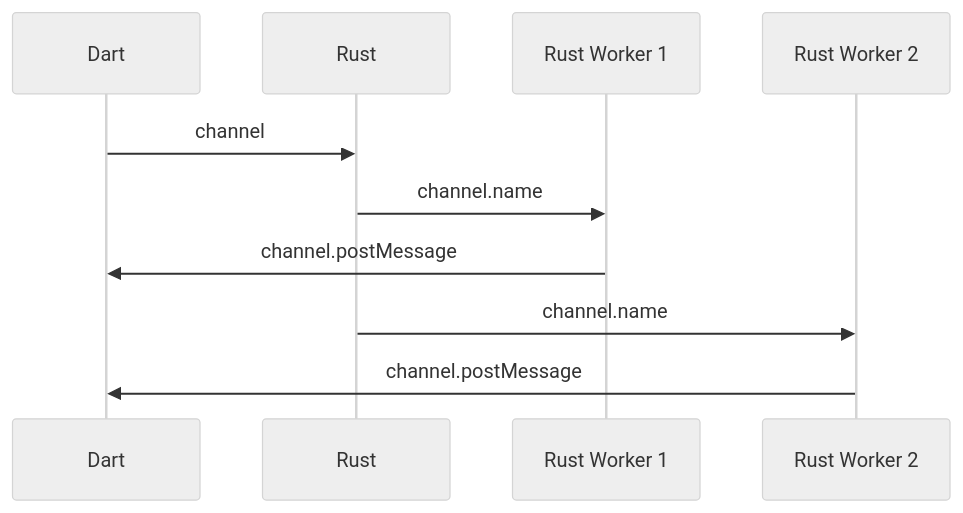
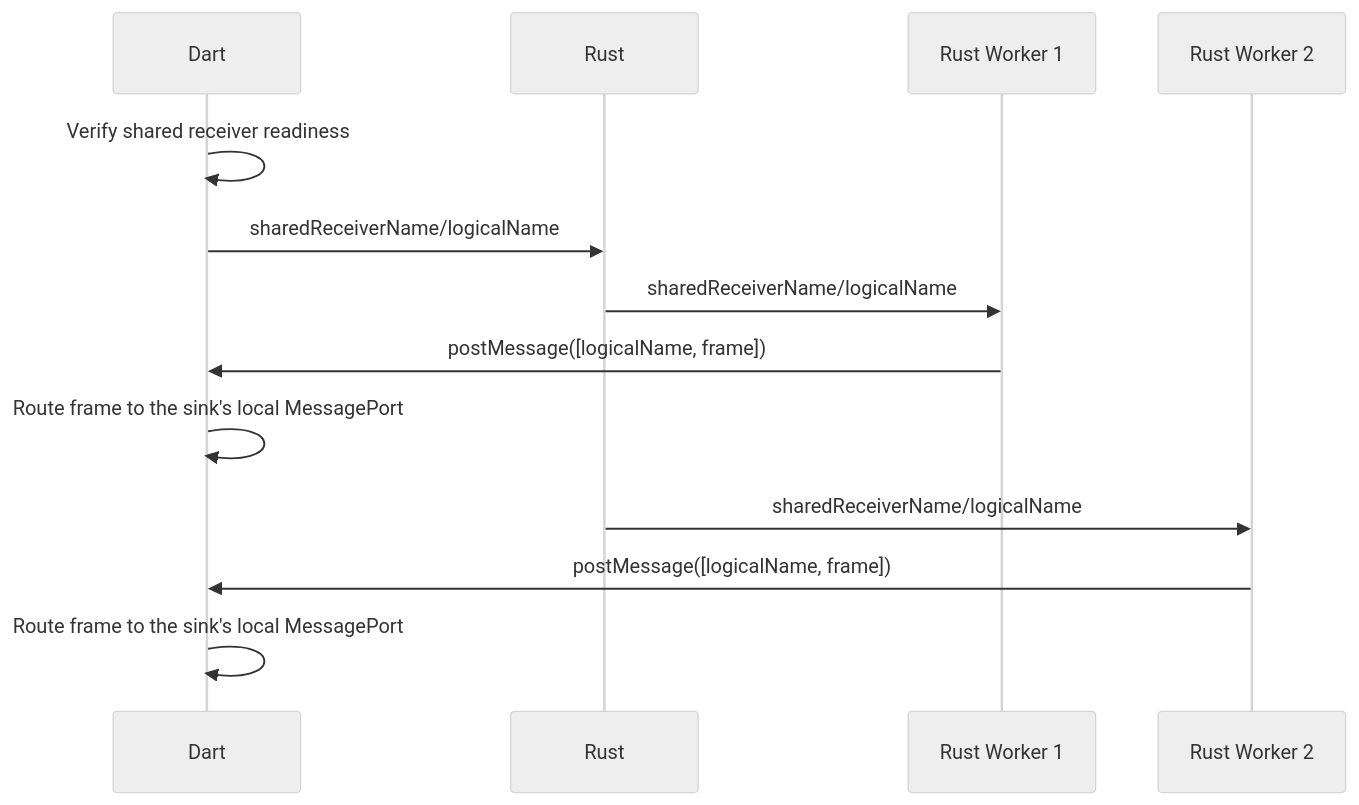
One commit to fzyzcjy/flutter_rust_bridge changed the second of 2 diagrams in website/docs/guides/contributing/submodules/dco-codec.md. Above: the diagram before and after it, drawn with Mermaid (neutral theme). The commit also changed other lines of this file, not shown here.

First line of the commit message:
Document shared Web stream receiver routing

````diff
--- a/website/docs/guides/contributing/submodules/dco-codec.md
+++ b/website/docs/guides/contributing/submodules/dco-codec.md
@@ -35,8 +38,11 @@
 ```mermaid
 sequenceDiagram
-Dart ->> Rust: channel
-Rust ->> Rust Worker 1: channel.name
-Rust Worker 1 ->> Dart: channel.postMessage
-Rust ->> Rust Worker 2: channel.name
-Rust Worker 2 ->> Dart: channel.postMessage
+Dart ->> Dart: Verify shared receiver readiness
+Dart ->> Rust: sharedReceiverName/logicalName
+Rust ->> Rust Worker 1: sharedReceiverName/logicalName
+Rust Worker 1 ->> Dart: postMessage([logicalName, frame])
+Dart ->> Dart: Route frame to the sink's local MessagePort
+Rust ->> Rust Worker 2: sharedReceiverName/logicalName
+Rust Worker 2 ->> Dart: postMessage([logicalName, frame])
+Dart ->> Dart: Route frame to the sink's local MessagePort
 ```
````
